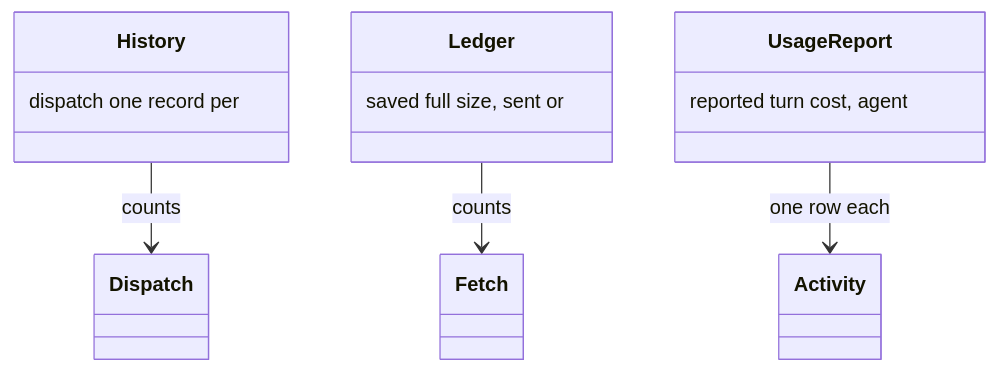
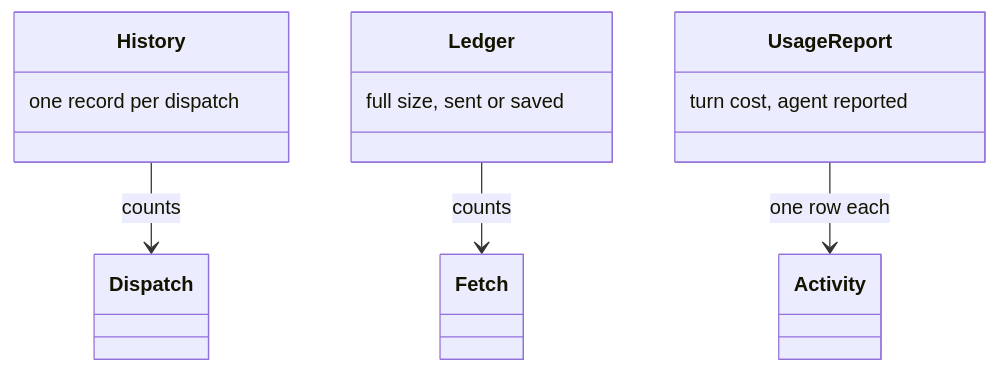
Before and after one commit to m2ux/workflow-server: diagram 26 of 26 in docs/delivery.md, drawn with Mermaid. The commit also changed other lines of this file and 10 other files, not shown here.

Commit message:
Write each class-box note in reading order so the diagram shows the phrase as written.

````diff
--- a/docs/delivery.md
+++ b/docs/delivery.md
@@ -708,18 +708,18 @@
 ```mermaid
 classDiagram
   class History {
-    dispatch one record per
+    one record per dispatch
   }
   class Ledger {
-    saved full size, sent or
+    full size, sent or saved
   }
   class UsageReport {
-    reported turn cost, agent
+    turn cost, agent reported
   }
   class Dispatch
   class Fetch
   class Activity
   History --> Dispatch : counts
   Ledger --> Fetch : counts
   UsageReport --> Activity : one row each
 ```
````
